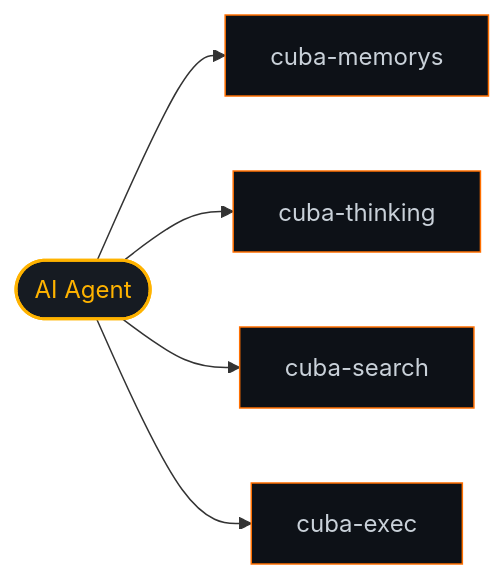
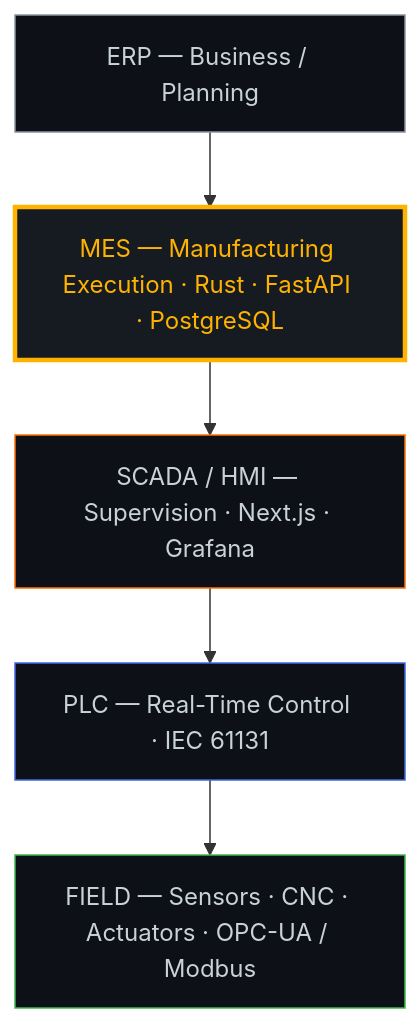
One commit to LeandroPG19/LeandroPG19 changed the diagram in README.md. Above: the diagram before and after it, drawn with Mermaid. The commit also changed other lines of this file, not shown here.

Commit message:
replace AI ecosystem diagram with ISA-95 industrial automation stack
- drop cuba-* AI/MCP diagram and MCP badge
- add ISA-95 automation pyramid (Field/PLC/SCADA/MES/ERP), MES layer highlighted
- swap MCP badge for ISA-95

````diff
--- a/README.md
+++ b/README.md
@@ -46,9 +48,14 @@
 ```mermaid
-flowchart LR
-    A(["AI Agent"]):::a --> M["cuba-memorys"]:::c
-    A --> T["cuba-thinking"]:::c
-    A --> S["cuba-search"]:::c
-    A --> E["cuba-exec"]:::c
-    classDef a fill:#161B22,stroke:#FFB300,stroke-width:2px,color:#FFB300;
-    classDef c fill:#0D1117,stroke:#FF6F00,stroke-width:1px,color:#C9D1D9;
+flowchart TB
+    L4["ERP — Business / Planning"]:::steel
+    L3["MES — Manufacturing Execution · Rust · FastAPI · PostgreSQL"]:::amber
+    L2["SCADA / HMI — Supervision · Next.js · Grafana"]:::orange
+    L1["PLC — Real-Time Control · IEC 61131"]:::blue
+    L0["FIELD — Sensors · CNC · Actuators · OPC-UA / Modbus"]:::green
+    L4 --> L3 --> L2 --> L1 --> L0
+    classDef steel  fill:#0D1117,stroke:#8B949E,color:#C9D1D9;
+    classDef amber  fill:#161B22,stroke:#FFB300,stroke-width:3px,color:#FFB300;
+    classDef orange fill:#0D1117,stroke:#FF6F00,color:#C9D1D9;
+    classDef blue   fill:#0D1117,stroke:#4169E1,color:#C9D1D9;
+    classDef green  fill:#0D1117,stroke:#3FB950,color:#C9D1D9;
 ```
````
